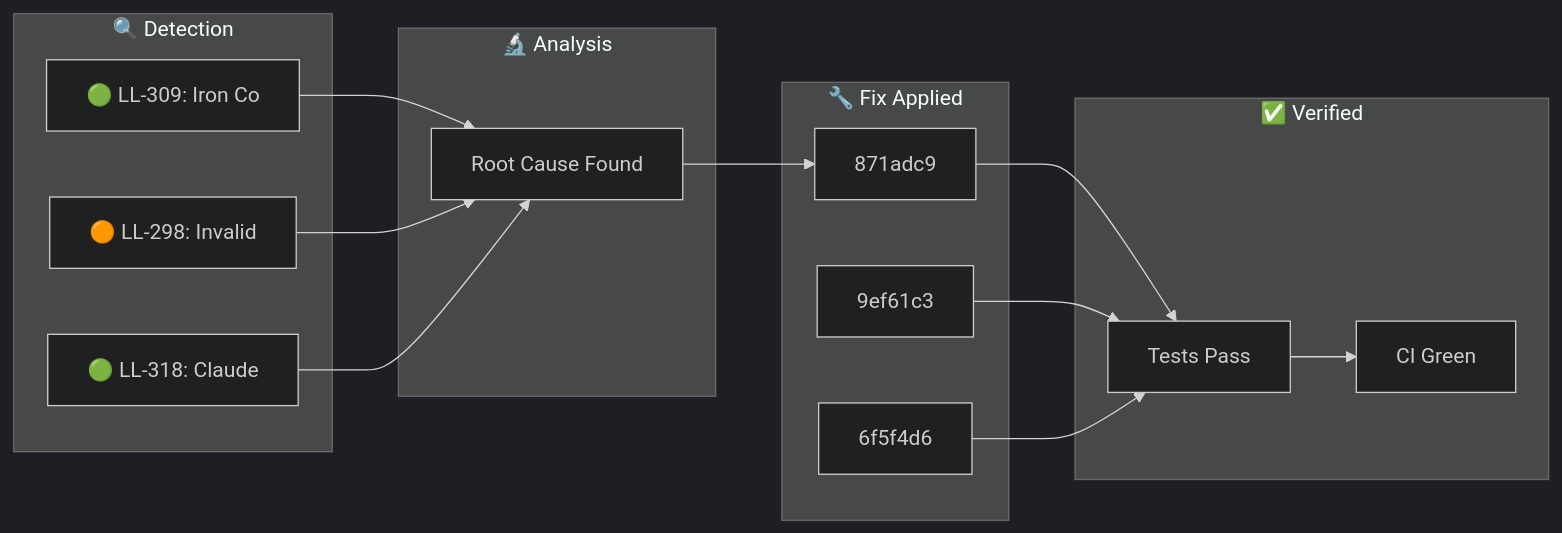
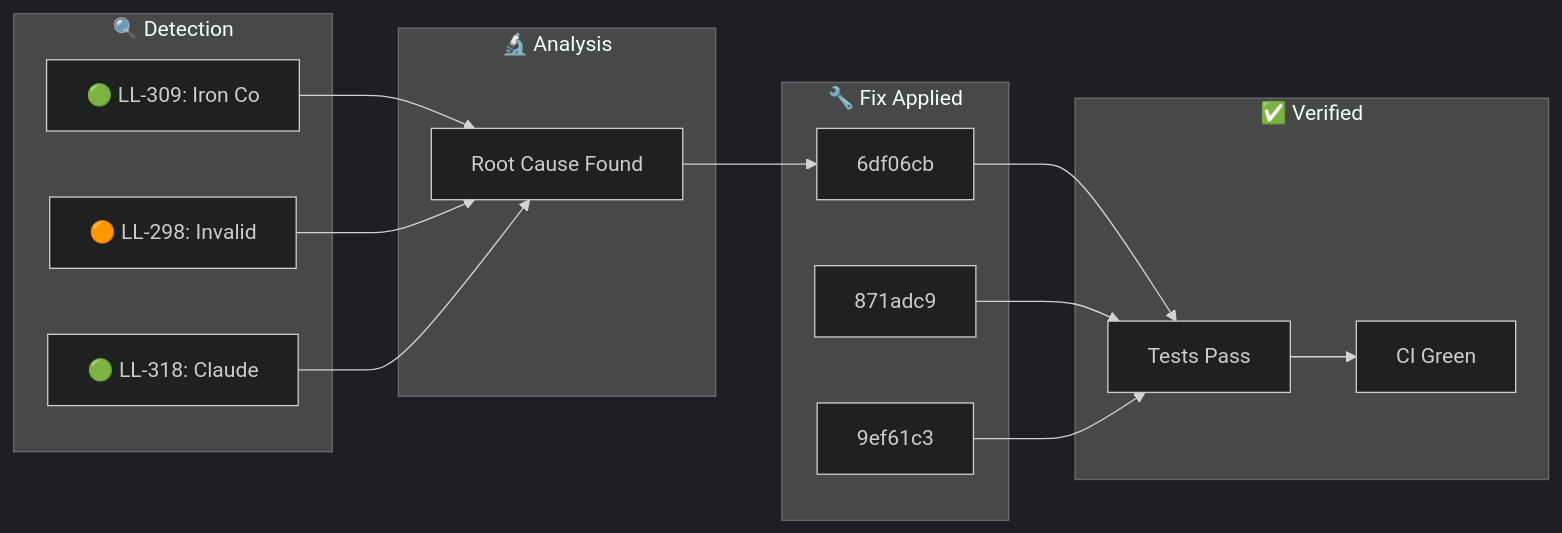
Before and after one commit to YoByron/trading: the diagram in docs/_posts/2026-01-29-ralph-discovery.md, drawn with Mermaid (dark theme). The commit also changed other lines of this file, not shown here.

Commit message:
docs(ralph): Auto-publish discovery blog post

````diff
--- a/docs/_posts/2026-01-29-ralph-discovery.md
+++ b/docs/_posts/2026-01-29-ralph-discovery.md
@@ -17,28 +17,28 @@
 ```mermaid
 flowchart LR
     subgraph Detection["🔍 Detection"]
         D1["🟢 LL-309: Iron Co"]
         D2["🟠 LL-298: Invalid"]
         D3["🟢 LL-318: Claude "]
     end
     subgraph Analysis["🔬 Analysis"]
         A1["Root Cause Found"]
     end
     subgraph Fix["🔧 Fix Applied"]
-        F1["871adc9"]
-        F2["9ef61c3"]
-        F3["6f5f4d6"]
+        F1["6df06cb"]
+        F2["871adc9"]
+        F3["9ef61c3"]
     end
     subgraph Verify["✅ Verified"]
         V1["Tests Pass"]
         V2["CI Green"]
     end
     D1 --> A1
     D2 --> A1
     D3 --> A1
     A1 --> F1
     F1 --> V1
     F2 --> V1
     F3 --> V1
     V1 --> V2
 ```
````
